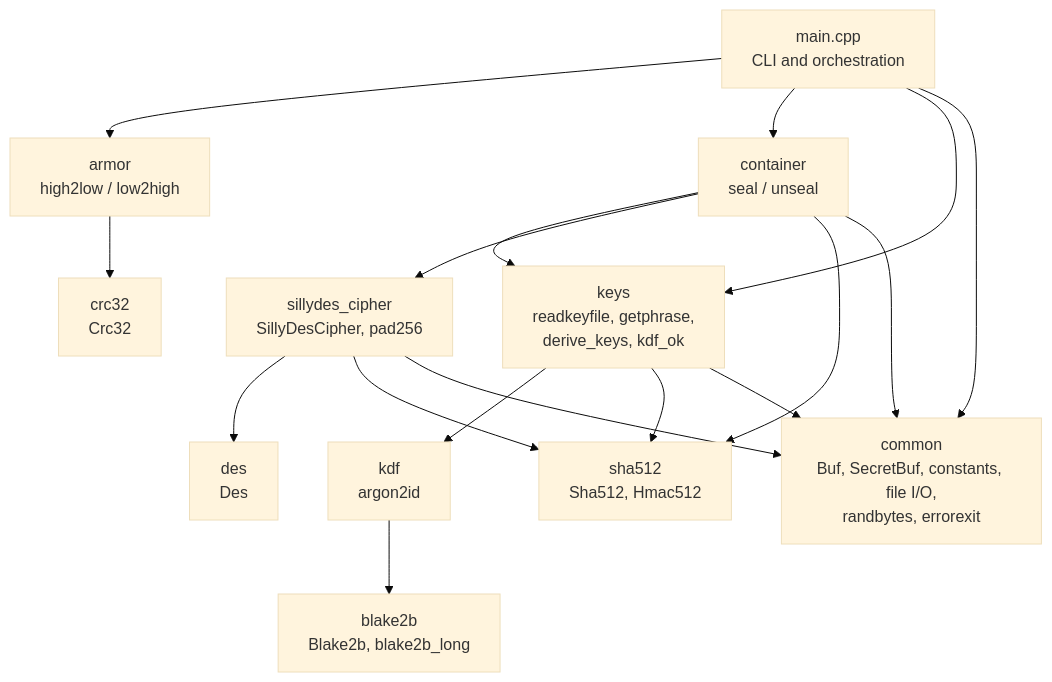
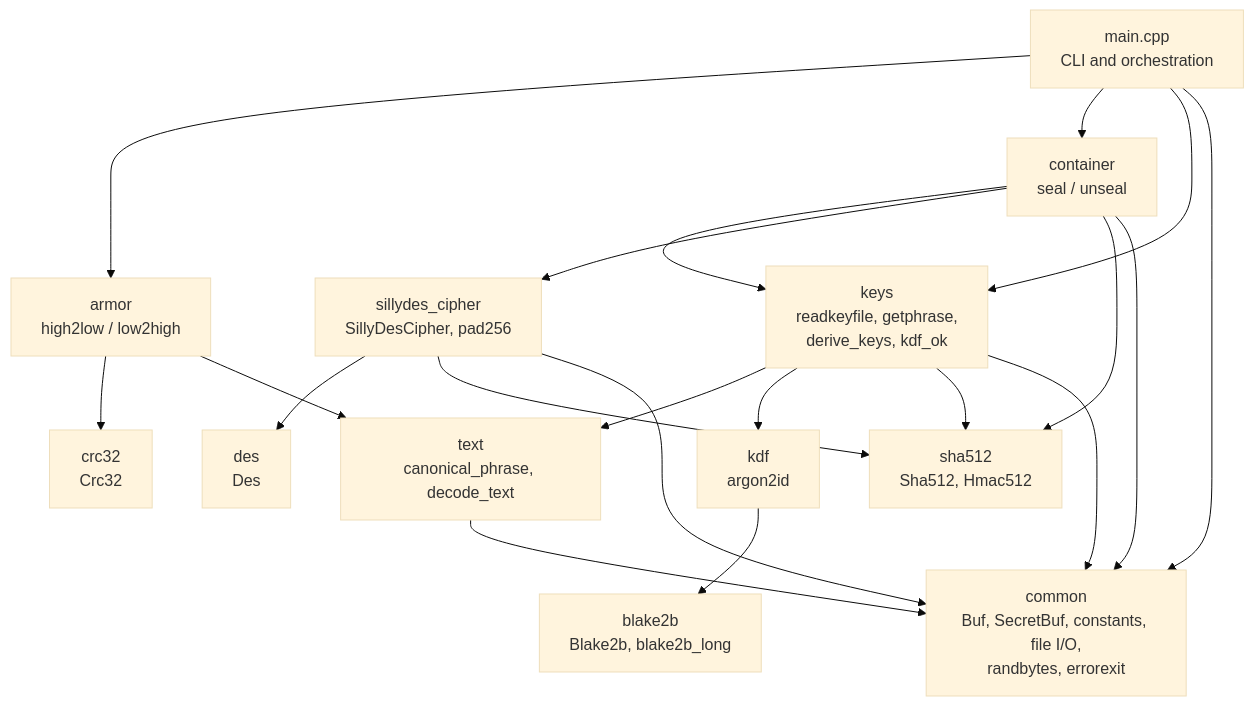
Before and after one commit to avw1ein/sillydes: the first of 10 diagrams in STRUCTURE.md, drawn with Mermaid (base theme). The commit also changed other lines of this file and 30 other files, not shown here.

````diff
--- a/STRUCTURE.md
+++ b/STRUCTURE.md
@@ -53,31 +55,35 @@
 ```mermaid
 flowchart TD
     main["main.cpp<br/>CLI and orchestration"]
     armor["armor<br/>high2low / low2high"]
     crc["crc32<br/>Crc32"]
     container["container<br/>seal / unseal"]
     keys["keys<br/>readkeyfile, getphrase,<br/>derive_keys, kdf_ok"]
     cipher["sillydes_cipher<br/>SillyDesCipher, pad256"]
     des["des<br/>Des"]
     kdf["kdf<br/>argon2id"]
     blake2b["blake2b<br/>Blake2b, blake2b_long"]
     sha512["sha512<br/>Sha512, Hmac512"]
+    text["text<br/>canonical_phrase, decode_text"]
     common["common<br/>Buf, SecretBuf, constants, file I/O,<br/>randbytes, errorexit"]
 
     main --> armor
     main --> container
     main --> keys
     main --> common
     armor --> crc
+    armor --> text
+    keys --> text
     container --> keys
     container --> cipher
     container --> sha512
     keys --> kdf
     keys --> sha512
     cipher --> des
     cipher --> sha512
     kdf --> blake2b
     container --> common
     cipher --> common
     keys --> common
+    text --> common
 ```
````
